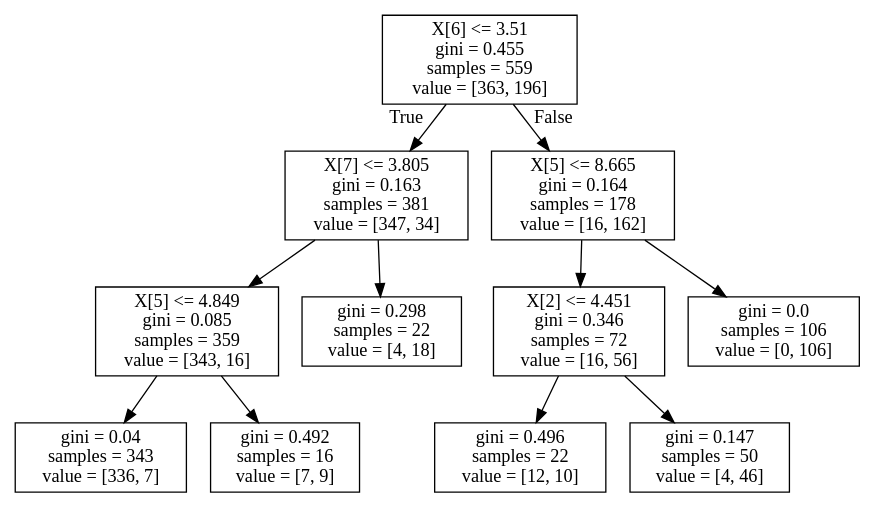
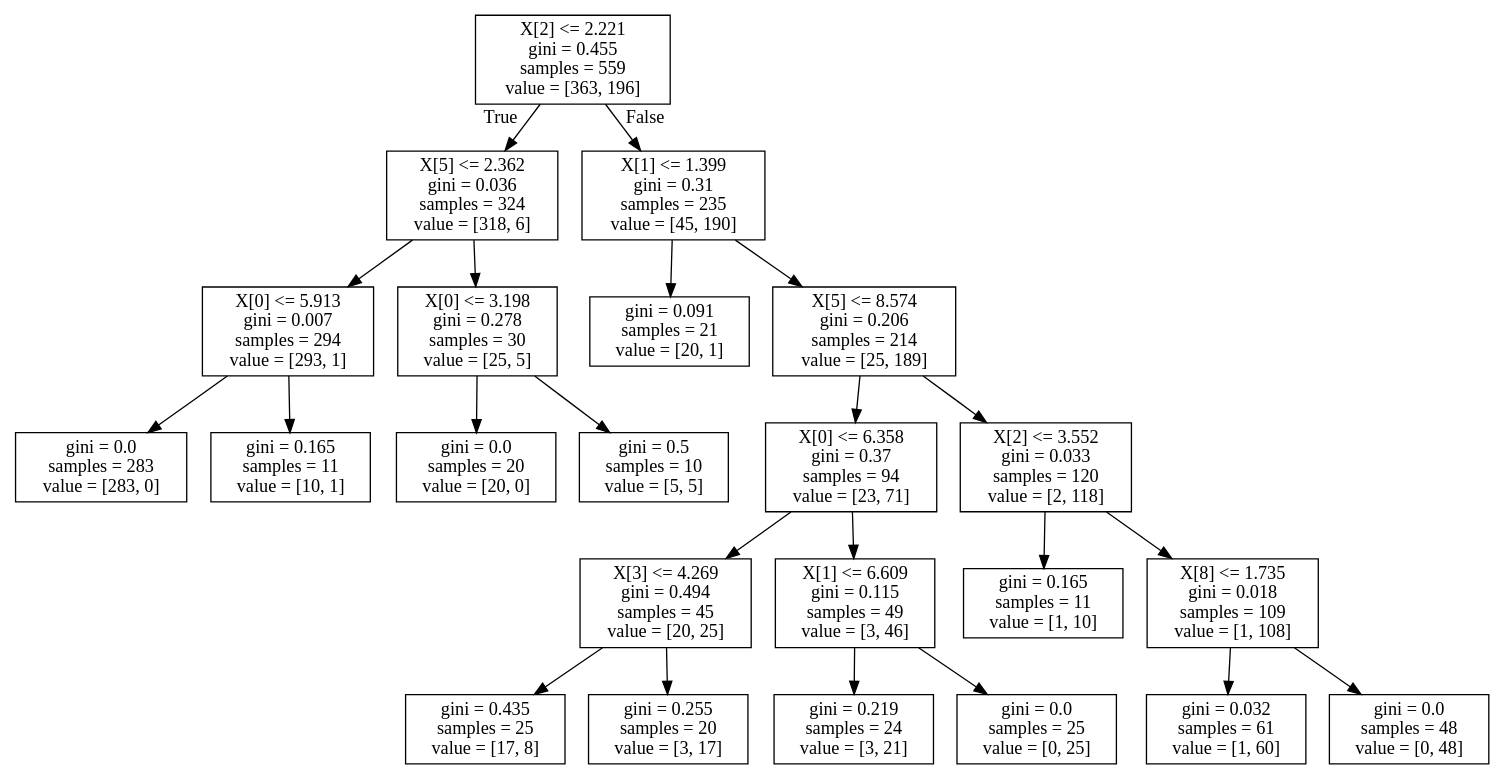
Before and after one commit to bradreardon/cs4641-supervised-learning: the diagram in out/decision_tree_pruning/breastcancer-prune.dot, drawn with Graphviz. The commit also changed 12 other files, not shown here.

```diff
--- a/out/decision_tree_pruning/breastcancer-prune.dot
+++ b/out/decision_tree_pruning/breastcancer-prune.dot
@@ -1,24 +1,48 @@
 digraph Tree {
 node [shape=box] ;
-0 [label="X[6] <= 3.51\ngini = 0.455\nsamples = 559\nvalue = [363, 196]"] ;
-1 [label="X[7] <= 3.805\ngini = 0.163\nsamples = 381\nvalue = [347, 34]"] ;
+0 [label="X[2] <= 2.221\ngini = 0.455\nsamples = 559\nvalue = [363, 196]"] ;
+1 [label="X[5] <= 2.362\ngini = 0.036\nsamples = 324\nvalue = [318, 6]"] ;
 0 -> 1 [labeldistance=2.5, labelangle=45, headlabel="True"] ;
-2 [label="X[5] <= 4.849\ngini = 0.085\nsamples = 359\nvalue = [343, 16]"] ;
+2 [label="X[0] <= 5.913\ngini = 0.007\nsamples = 294\nvalue = [293, 1]"] ;
 1 -> 2 ;
-3 [label="gini = 0.04\nsamples = 343\nvalue = [336, 7]"] ;
+3 [label="gini = 0.0\nsamples = 283\nvalue = [283, 0]"] ;
 2 -> 3 ;
-4 [label="gini = 0.492\nsamples = 16\nvalue = [7, 9]"] ;
+4 [label="gini = 0.165\nsamples = 11\nvalue = [10, 1]"] ;
 2 -> 4 ;
-5 [label="gini = 0.298\nsamples = 22\nvalue = [4, 18]"] ;
+5 [label="X[0] <= 3.198\ngini = 0.278\nsamples = 30\nvalue = [25, 5]"] ;
 1 -> 5 ;
-6 [label="X[5] <= 8.665\ngini = 0.164\nsamples = 178\nvalue = [16, 162]"] ;
-0 -> 6 [labeldistance=2.5, labelangle=-45, headlabel="False"] ;
-7 [label="X[2] <= 4.451\ngini = 0.346\nsamples = 72\nvalue = [16, 56]"] ;
-6 -> 7 ;
-8 [label="gini = 0.496\nsamples = 22\nvalue = [12, 10]"] ;
-7 -> 8 ;
-9 [label="gini = 0.147\nsamples = 50\nvalue = [4, 46]"] ;
-7 -> 9 ;
-10 [label="gini = 0.0\nsamples = 106\nvalue = [0, 106]"] ;
-6 -> 10 ;
+6 [label="gini = 0.0\nsamples = 20\nvalue = [20, 0]"] ;
+5 -> 6 ;
+7 [label="gini = 0.5\nsamples = 10\nvalue = [5, 5]"] ;
+5 -> 7 ;
+8 [label="X[1] <= 1.399\ngini = 0.31\nsamples = 235\nvalue = [45, 190]"] ;
+0 -> 8 [labeldistance=2.5, labelangle=-45, headlabel="False"] ;
+9 [label="gini = 0.091\nsamples = 21\nvalue = [20, 1]"] ;
+8 -> 9 ;
+10 [label="X[5] <= 8.574\ngini = 0.206\nsamples = 214\nvalue = [25, 189]"] ;
+8 -> 10 ;
+11 [label="X[0] <= 6.358\ngini = 0.37\nsamples = 94\nvalue = [23, 71]"] ;
+10 -> 11 ;
+12 [label="X[3] <= 4.269\ngini = 0.494\nsamples = 45\nvalue = [20, 25]"] ;
+11 -> 12 ;
+13 [label="gini = 0.435\nsamples = 25\nvalue = [17, 8]"] ;
+12 -> 13 ;
+14 [label="gini = 0.255\nsamples = 20\nvalue = [3, 17]"] ;
+12 -> 14 ;
+15 [label="X[1] <= 6.609\ngini = 0.115\nsamples = 49\nvalue = [3, 46]"] ;
+11 -> 15 ;
+16 [label="gini = 0.219\nsamples = 24\nvalue = [3, 21]"] ;
+15 -> 16 ;
+17 [label="gini = 0.0\nsamples = 25\nvalue = [0, 25]"] ;
+15 -> 17 ;
+18 [label="X[2] <= 3.552\ngini = 0.033\nsamples = 120\nvalue = [2, 118]"] ;
+10 -> 18 ;
+19 [label="gini = 0.165\nsamples = 11\nvalue = [1, 10]"] ;
+18 -> 19 ;
+20 [label="X[8] <= 1.735\ngini = 0.018\nsamples = 109\nvalue = [1, 108]"] ;
+18 -> 20 ;
+21 [label="gini = 0.032\nsamples = 61\nvalue = [1, 60]"] ;
+20 -> 21 ;
+22 [label="gini = 0.0\nsamples = 48\nvalue = [0, 48]"] ;
+20 -> 22 ;
 }
```
